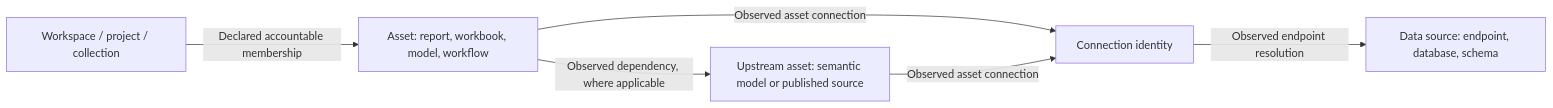
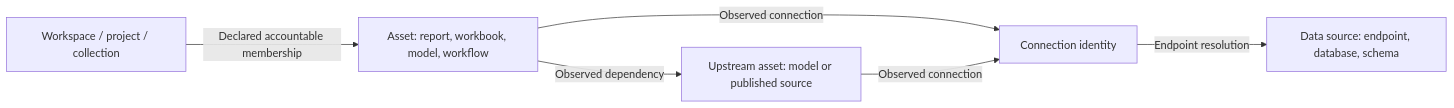
One commit to dlpate2525/analytic-registry changed the first of 3 diagrams in analytic-registry/docs/business-product.md. Above: the diagram before and after it, drawn with Mermaid. The commit also changed other lines of this file and 111 other files, not shown here.

````diff
--- a/analytic-registry/docs/business-product.md
+++ b/analytic-registry/docs/business-product.md
@@ -36,8 +39,8 @@
 ```mermaid
 flowchart LR
     workspace["Workspace / project / collection"] -->|"Declared accountable membership"| asset["Asset: report, workbook, model, workflow"]
-    asset -->|"Observed dependency, where applicable"| upstream["Upstream asset: semantic model or published source"]
-    asset -->|"Observed asset connection"| connection["Connection identity"]
-    upstream -->|"Observed asset connection"| connection
-    connection -->|"Observed endpoint resolution"| source["Data source: endpoint, database, schema"]
+    asset -->|"Observed dependency"| upstream["Upstream asset: model or published source"]
+    asset -->|"Observed connection"| connection["Connection identity"]
+    upstream -->|"Observed connection"| connection
+    connection -->|"Endpoint resolution"| source["Data source: endpoint, database, schema"]
 ```
````
